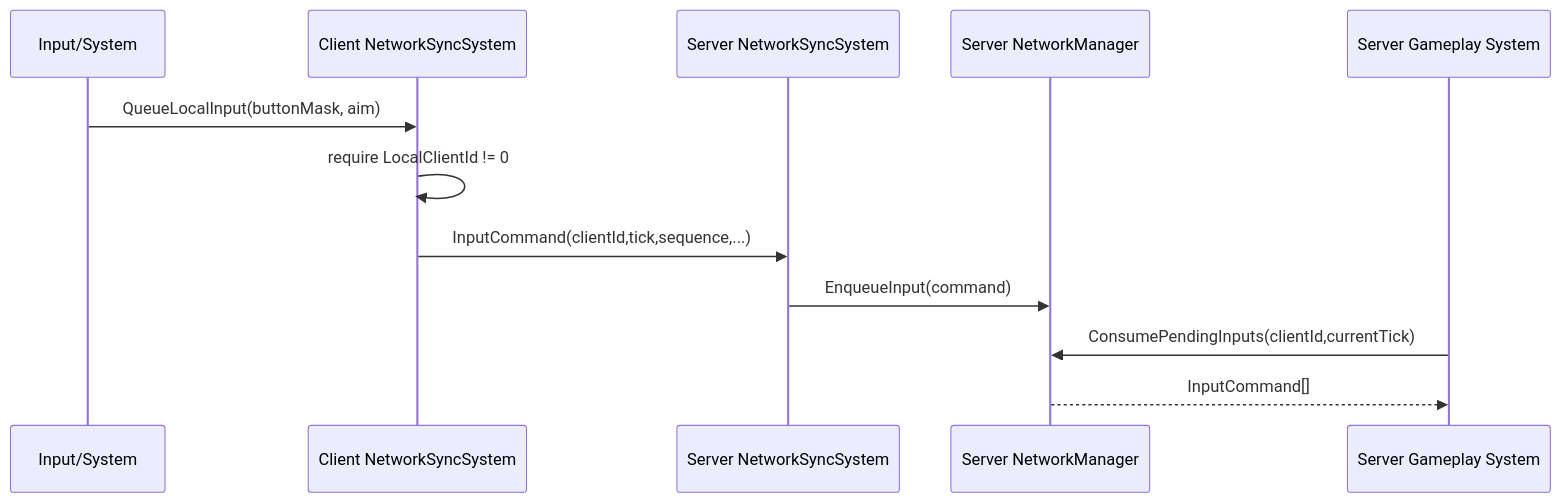
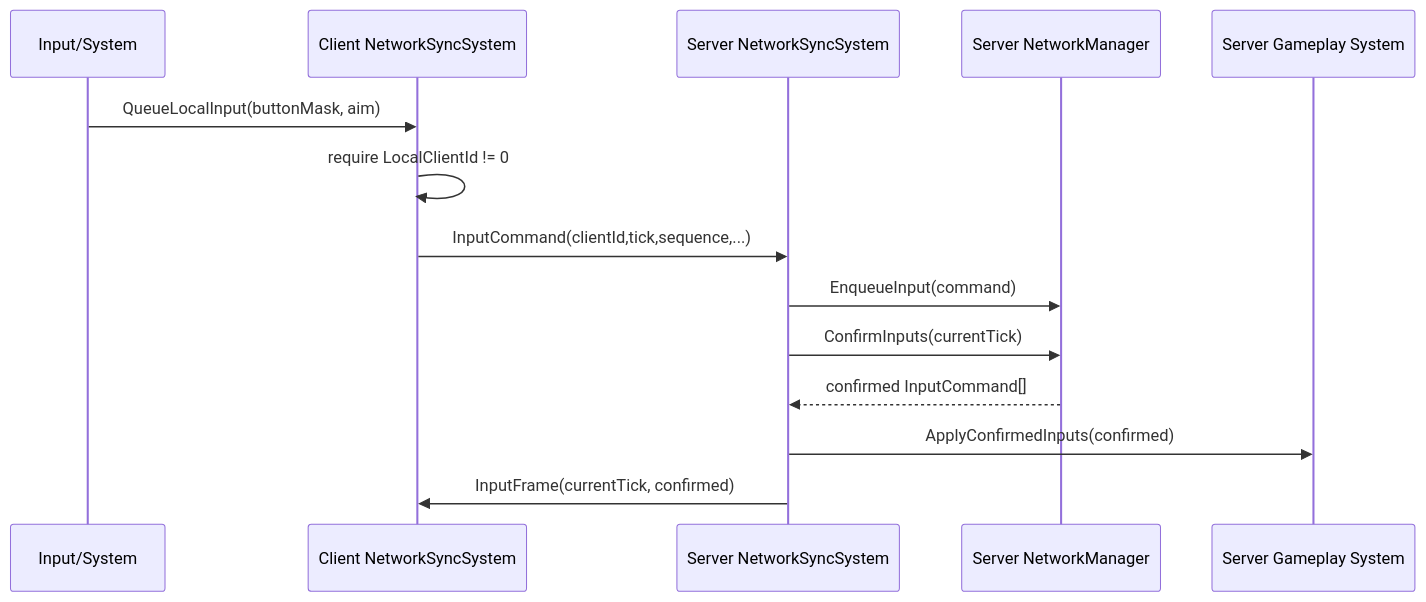
One commit to J0nJAr/ECSFactory changed the third of 4 diagrams in docs/design/network-sync-system.md. Above: the diagram before and after it, drawn with Mermaid. The commit also changed other lines of this file and 19 other files, not shown here.

First line of the commit message:
feat : 결정론 입력 lockstep (입력 확정 + InputFrame 릴레이 + 클라 시뮬)

````diff
--- a/docs/design/network-sync-system.md
+++ b/docs/design/network-sync-system.md
@@ -171,15 +185,17 @@
 ```mermaid
 sequenceDiagram
     participant Input as Input/System
     participant CS as Client NetworkSyncSystem
     participant SS as Server NetworkSyncSystem
     participant NM as Server NetworkManager
     participant Game as Server Gameplay System
 
     Input->>CS: QueueLocalInput(buttonMask, aim)
     CS->>CS: require LocalClientId != 0
     CS->>SS: InputCommand(clientId,tick,sequence,...)
     SS->>NM: EnqueueInput(command)
-    Game->>NM: ConsumePendingInputs(clientId,currentTick)
-    NM-->>Game: InputCommand[]
+    SS->>NM: ConfirmInputs(currentTick)
+    NM-->>SS: confirmed InputCommand[]
+    SS->>Game: ApplyConfirmedInputs(confirmed)
+    SS->>CS: InputFrame(currentTick, confirmed)
 ```
````
